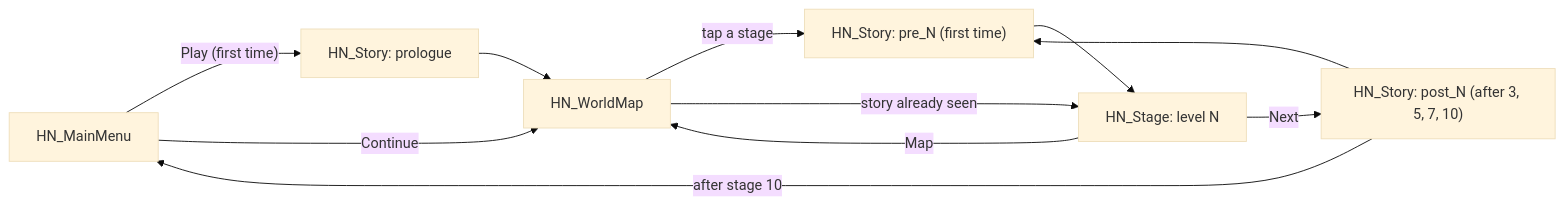
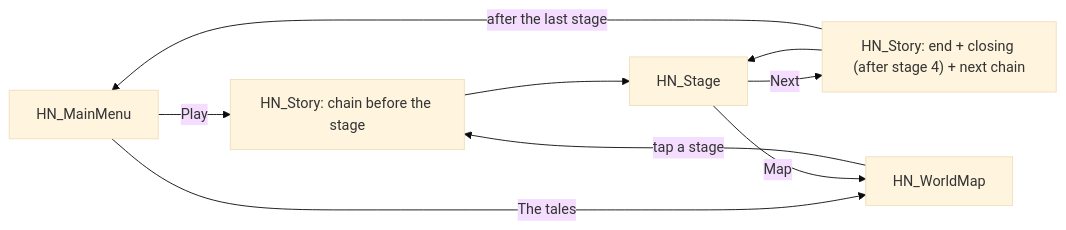
Before and after one commit to AbdllahBhd/Unity-game: the diagram in CLAUDE.md, drawn with Mermaid (base theme). The commit also changed other lines of this file and 5 other files, not shown here.

````diff
--- a/CLAUDE.md
+++ b/CLAUDE.md
@@ -162,13 +175,11 @@
 ```mermaid
 flowchart LR
-    Menu[HN_MainMenu] -- "Play (first time)" --> Pro[HN_Story: prologue]
-    Pro --> Map[HN_WorldMap]
-    Menu -- Continue --> Map
-    Map -- "tap a stage" --> Pre["HN_Story: pre_N (first time)"]
-    Pre --> Stage[HN_Stage: level N]
-    Map -- "story already seen" --> Stage
-    Stage -- "Next" --> Post["HN_Story: post_N (after 3, 5, 7, 10)"]
-    Post --> Pre
+    Menu[HN_MainMenu] -- "Play" --> Chain["HN_Story: chain before the stage"]
+    Menu -- "The tales" --> Map[HN_WorldMap]
+    Map -- "tap a stage" --> Chain
+    Chain --> Stage[HN_Stage]
+    Stage -- "Next" --> After["HN_Story: end + closing (after stage 4) + next chain"]
+    After --> Stage
+    After -- "after the last stage" --> Menu
     Stage -- "Map" --> Map
-    Post -- "after stage 10" --> Menu
 ```
````
